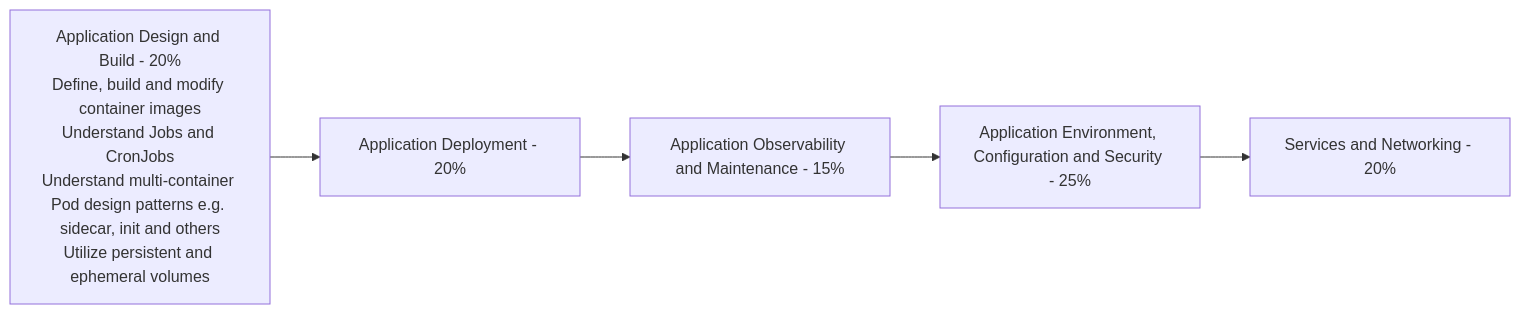
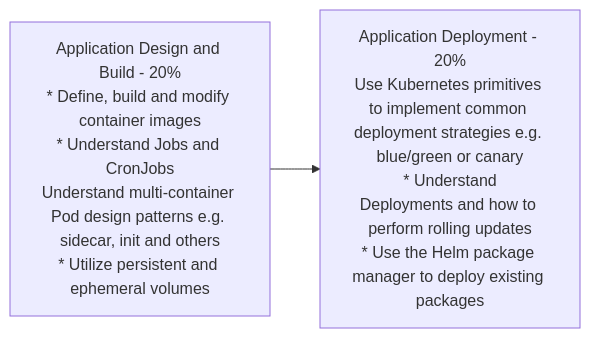
One commit to edithturn/CKAD-training changed the first of 2 diagrams in README.md. Above: the diagram before and after it, drawn with Mermaid. The commit also changed other lines of this file, not shown here.

````diff
--- a/README.md
+++ b/README.md
@@ -13,9 +13,6 @@
 ```mermaid
 flowchart LR
-A[Application Design and Build - 20%<br />Define, build and modify container images<br />Understand Jobs and CronJobs<br />Understand multi-container Pod design patterns e.g. sidecar, init and others<br />Utilize persistent and ephemeral volumes] --> B
+A[Application Design and Build - 20%<br />* Define, build and modify container images<br />* Understand Jobs and CronJobs<br />Understand multi-container Pod design patterns e.g. sidecar, init and others<br />* Utilize persistent and ephemeral volumes] --> B
 
-B[Application Deployment - 20%] --> C
-C[Application Observability and Maintenance - 15%] --> D
-D[Application Environment, Configuration and Security - 25%]  --> E
-E[Services and Networking - 20%]
+B[Application Deployment - 20%<br />Use Kubernetes primitives to implement common deployment strategies e.g. blue/green or canary<br /> * Understand Deployments and how to perform rolling updates<br />* Use the Helm package manager to deploy existing packages]
 ```
````
